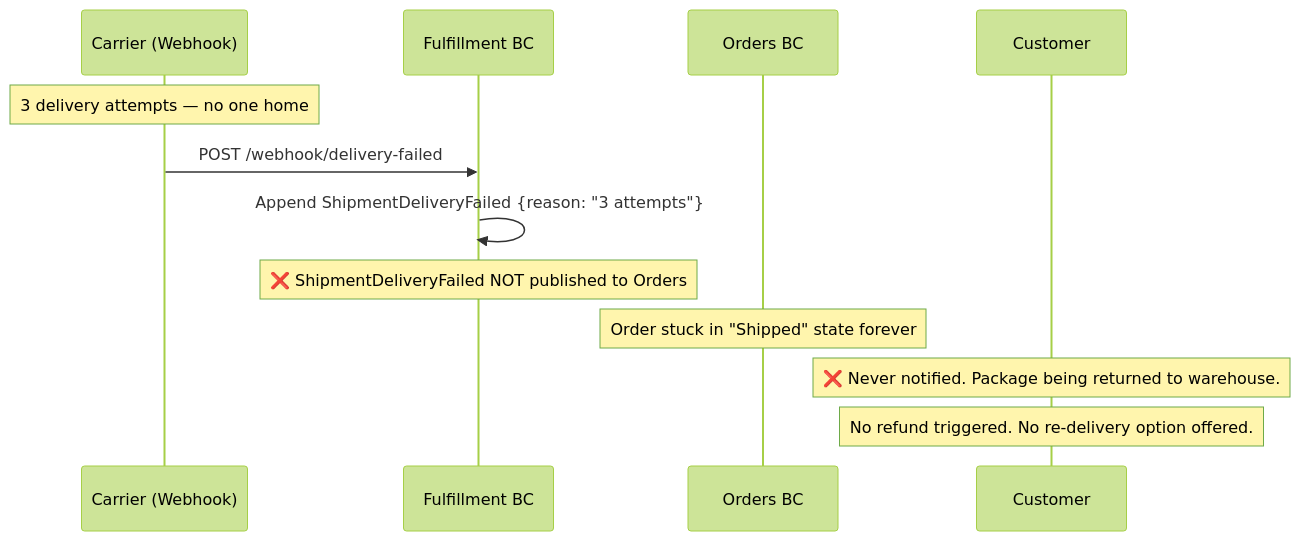
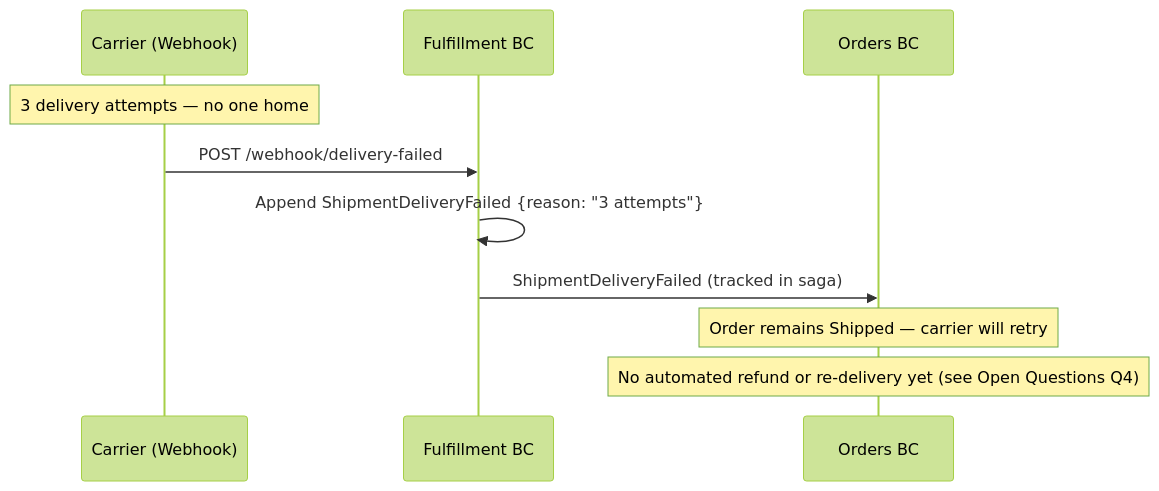
One commit to erikshafer/CritterSupply changed the eighth of 8 diagrams in src/Orders/Orders.Api/README.md. Above: the diagram before and after it, drawn with Mermaid (forest theme). The commit also changed other lines of this file and 19 other files, not shown here.

First line of the commit message:
Improve Order Saga: Multi-SKU Tracking, Return Window Lifecycle, Cancellation, Compensation, Idempotency & Docs (#171)

````diff
--- a/src/Orders/Orders.Api/README.md
+++ b/src/Orders/Orders.Api/README.md
@@ -325,15 +351,13 @@
 ```mermaid
 sequenceDiagram
     participant Carrier as Carrier (Webhook)
     participant Fulfillment as Fulfillment BC
     participant Orders as Orders BC
-    participant Customer as Customer
 
     Note over Carrier: 3 delivery attempts — no one home
     Carrier->>Fulfillment: POST /webhook/delivery-failed
     Fulfillment->>Fulfillment: Append ShipmentDeliveryFailed {reason: "3 attempts"}
-    Note over Fulfillment: ❌ ShipmentDeliveryFailed NOT published to Orders
-    Note over Orders: Order stuck in "Shipped" state forever
-    Note over Customer: ❌ Never notified. Package being returned to warehouse.
-    Note over Customer: No refund triggered. No re-delivery option offered.
+    Fulfillment->>Orders: ShipmentDeliveryFailed (tracked in saga)
+    Note over Orders: Order remains Shipped — carrier will retry
+    Note over Orders: No automated refund or re-delivery yet (see Open Questions Q4)
 ```
````
